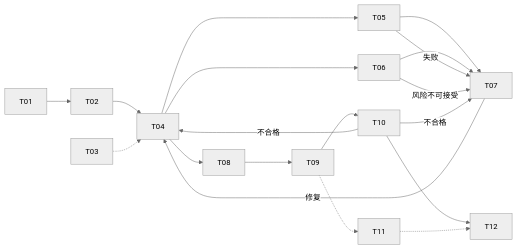
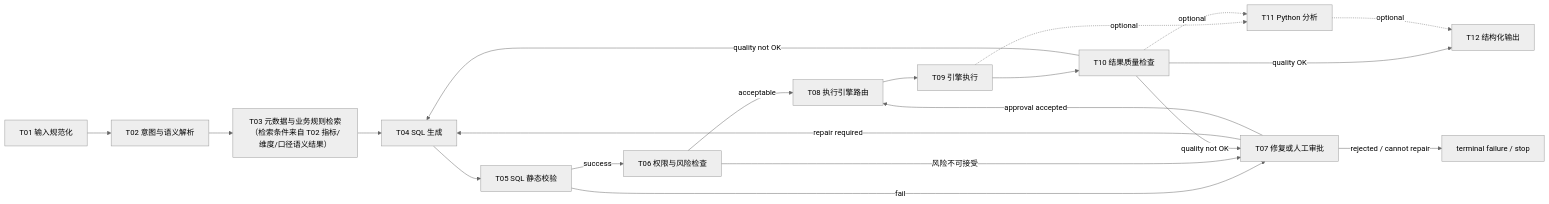
The diagram in .ai/tasks/TASK-0029-t01-t12-execution-planning.md (AnRun-M/enterprise-ai-agent-handbook), drawn with Mermaid (neutral theme) before and after one commit. The commit also changed other lines of this file and 1 other file, not shown here.

````diff
--- a/.ai/tasks/TASK-0029-t01-t12-execution-planning.md
+++ b/.ai/tasks/TASK-0029-t01-t12-execution-planning.md
@@ -30,17 +28,22 @@
 ```mermaid
 flowchart LR
-    T01 --> T02 --> T04
-    T03 -.-> T04
-    T04 --> T05 --> T07
-    T04 --> T06 --> T07
-    T05 -- "失败" --> T07
+    T01["T01 输入规范化"] --> T02["T02 意图与语义解析"]
+    T02 --> T03["T03 元数据与业务规则检索\n（检索条件来自 T02 指标/维度/口径语义结果）"]
+    T03 --> T04["T04 SQL 生成"]
+    T04 --> T05["T05 SQL 静态校验"]
+    T05 -- "success" --> T06["T06 权限与风险检查"]
+    T05 -- "fail" --> T07["T07 修复或人工审批"]
+    T06 -- "acceptable" --> T08["T08 执行引擎路由"]
     T06 -- "风险不可接受" --> T07
-    T07 -- "修复" --> T04
-    T04 --> T08 --> T09
-    T09 --> T10
-    T10 -- "不合格" --> T04
-    T10 -- "不合格" --> T07
-    T09 -.-> T11
-    T10 --> T12
-    T11 -.-> T12
+    T07 -- "repair required" --> T04
+    T07 -- "approval accepted" --> T08
+    T07 -- "rejected / cannot repair" --> TERM["terminal failure / stop"]
+    T08 --> T09["T09 引擎执行"]
+    T09 --> T10["T10 结果质量检查"]
+    T10 -- "quality OK" --> T12["T12 结构化输出"]
+    T10 -- "quality not OK" --> T04
+    T10 -- "quality not OK" --> T07
+    T09 -. "optional" .-> T11["T11 Python 分析"]
+    T10 -. "optional" .-> T11
+    T11 -. "optional" .-> T12
 ```
````
